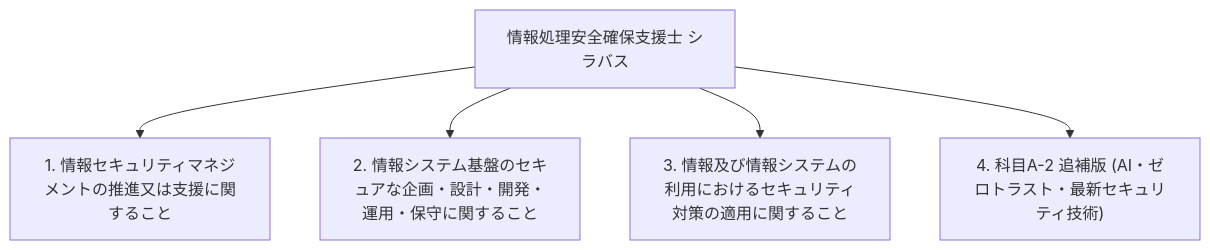
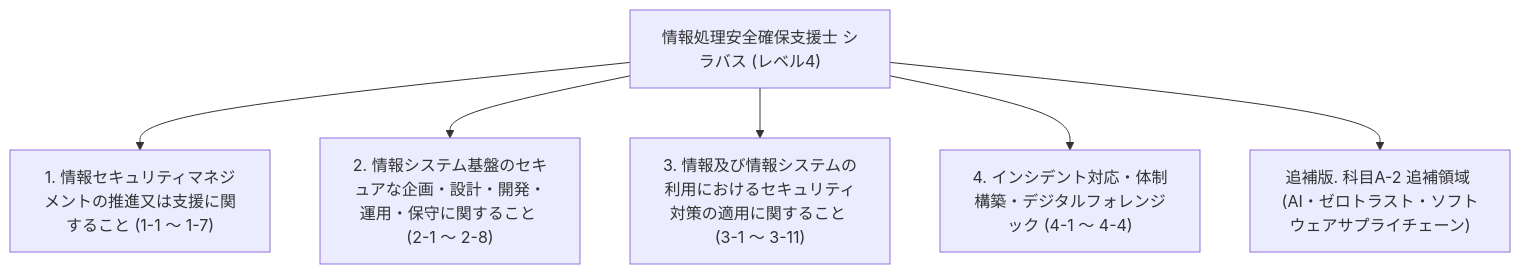
Before and after one commit to rokujyouhitoma/registered-Information-security-specialist-examination: the diagram in docs/syllabus_detail.md, drawn with Mermaid. The commit also changed other lines of this file, not shown here.

````diff
--- a/docs/syllabus_detail.md
+++ b/docs/syllabus_detail.md
@@ -11,7 +11,8 @@
 ```mermaid
 graph TD
-    A["情報処理安全確保支援士 シラバス"] --> B["1. 情報セキュリティマネジメントの推進又は支援に関すること"]
-    A --> C["2. 情報システム基盤のセキュアな企画・設計・開発・運用・保守に関すること"]
-    A --> D["3. 情報及び情報システムの利用におけるセキュリティ対策の適用に関すること"]
-    A --> E["4. 科目A-2 追補版 (AI・ゼロトラスト・最新セキュリティ技術)"]
+    A["情報処理安全確保支援士 シラバス (レベル4)"] --> B["1. 情報セキュリティマネジメントの推進又は支援に関すること (1-1 〜 1-7)"]
+    A --> C["2. 情報システム基盤のセキュアな企画・設計・開発・運用・保守に関すること (2-1 〜 2-8)"]
+    A --> D["3. 情報及び情報システムの利用におけるセキュリティ対策の適用に関すること (3-1 〜 3-11)"]
+    A --> E["4. インシデント対応・体制構築・デジタルフォレンジック (4-1 〜 4-4)"]
+    A --> F["追補版. 科目A-2 追補領域 (AI・ゼロトラスト・ソフトウェアサプライチェーン)"]
 ```
````
